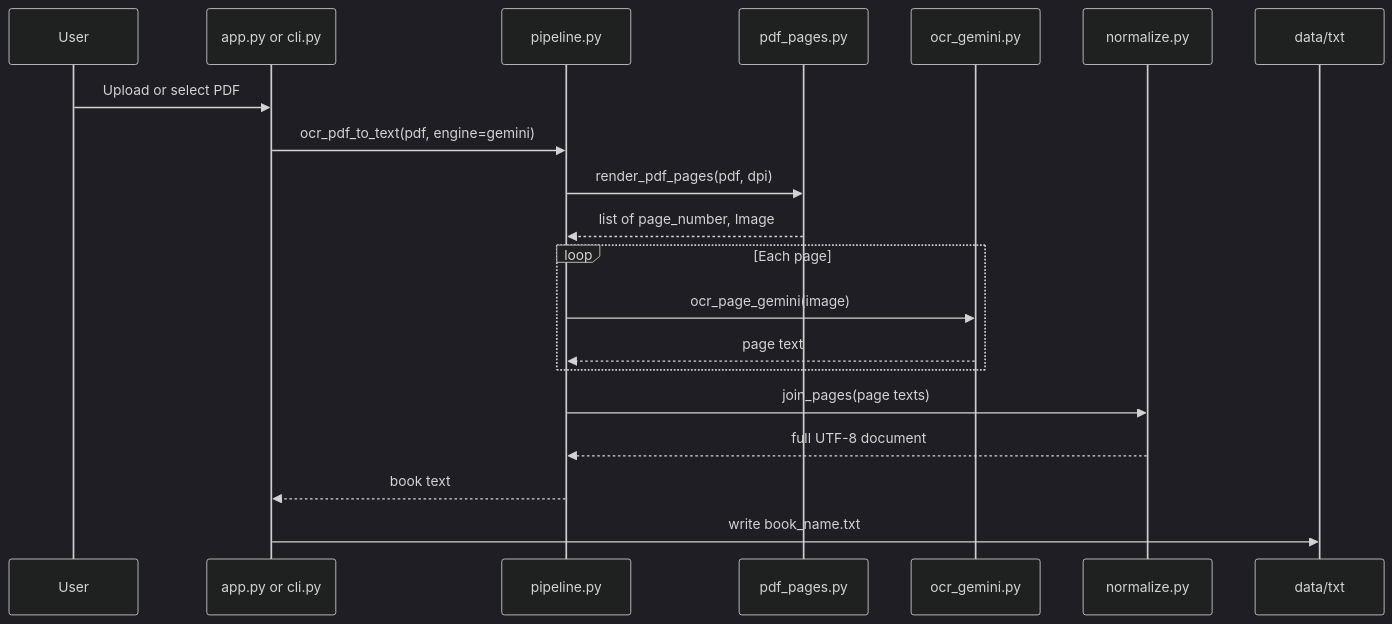
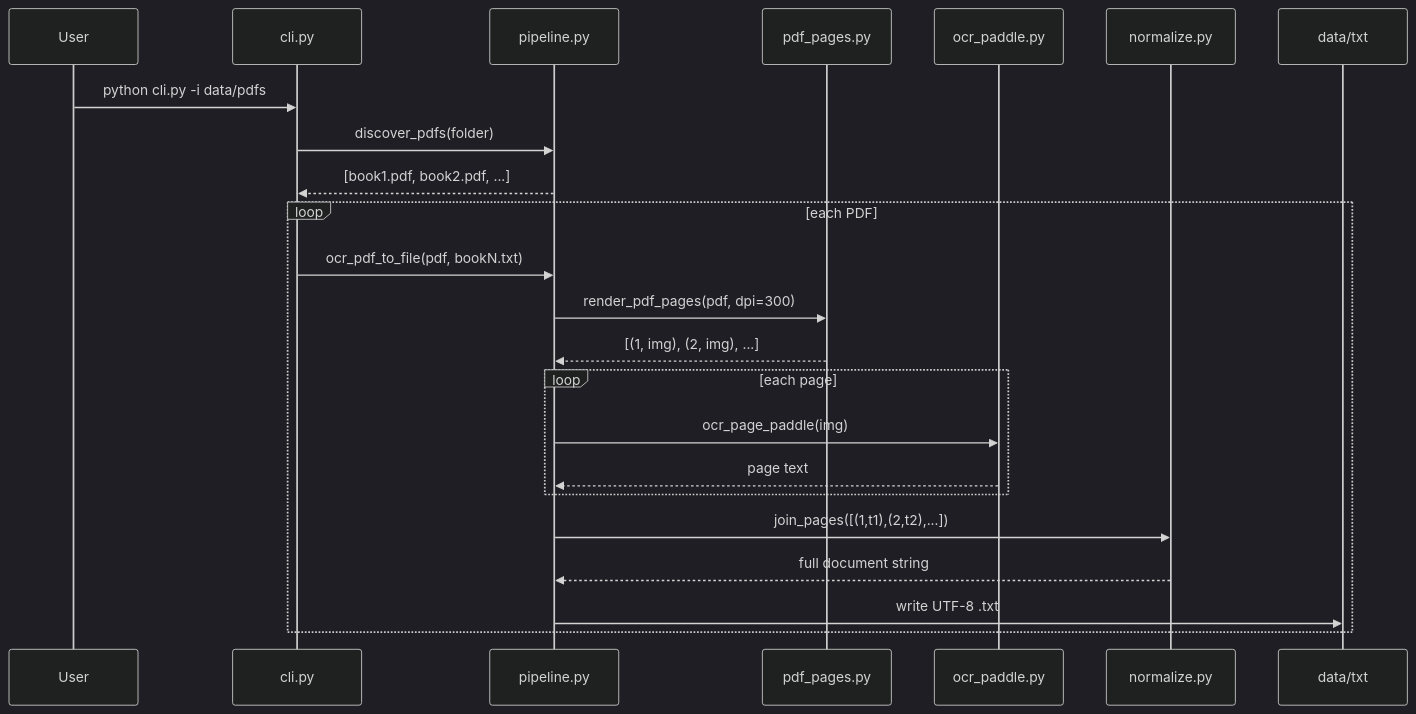
One commit to mdimamhosen/Research changed the second of 2 diagrams in EDGE/BanglaDialectDataset/GUIDE.md. Above: the diagram before and after it, drawn with Mermaid (dark theme). The commit also changed other lines of this file and 23 other files, not shown here.

First line of the commit message:
Implement PaddleOCR as the sole OCR engine for BanglaDialectDataset

````diff
--- a/EDGE/BanglaDialectDataset/GUIDE.md
+++ b/EDGE/BanglaDialectDataset/GUIDE.md
@@ -127,23 +131,26 @@
 ```mermaid
 sequenceDiagram
   participant User
-  participant App as app.py or cli.py
+  participant CLI as cli.py
   participant Pipe as pipeline.py
   participant PDF as pdf_pages.py
-  participant OCR as ocr_gemini.py
+  participant OCR as ocr_paddle.py
   participant Norm as normalize.py
   participant Disk as data/txt
 
-  User->>App: Upload or select PDF
-  App->>Pipe: ocr_pdf_to_text(pdf, engine=gemini)
-  Pipe->>PDF: render_pdf_pages(pdf, dpi)
-  PDF-->>Pipe: list of page_number, Image
-  loop Each page
-    Pipe->>OCR: ocr_page_gemini(image)
-    OCR-->>Pipe: page text
+  User->>CLI: python cli.py -i data/pdfs
+  CLI->>Pipe: discover_pdfs(folder)
+  Pipe-->>CLI: [book1.pdf, book2.pdf, ...]
+  loop each PDF
+    CLI->>Pipe: ocr_pdf_to_file(pdf, bookN.txt)
+    Pipe->>PDF: render_pdf_pages(pdf, dpi=300)
+    PDF-->>Pipe: [(1, img), (2, img), ...]
+    loop each page
+      Pipe->>OCR: ocr_page_paddle(img)
+      OCR-->>Pipe: page text
+    end
+    Pipe->>Norm: join_pages([(1,t1),(2,t2),...])
+    Norm-->>Pipe: full document string
+    Pipe->>Disk: write UTF-8 .txt
   end
-  Pipe->>Norm: join_pages(page texts)
-  Norm-->>Pipe: full UTF-8 document
-  Pipe-->>App: book text
-  App->>Disk: write book_name.txt
 ```
````
